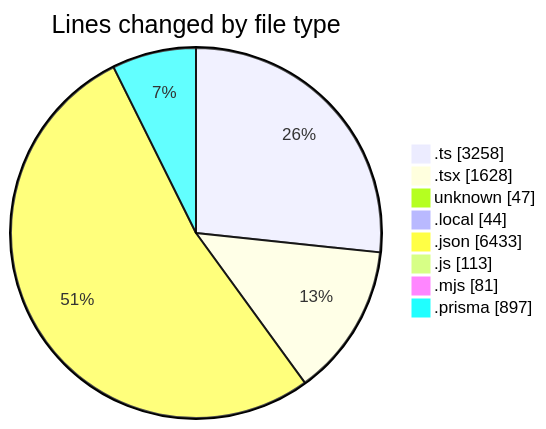
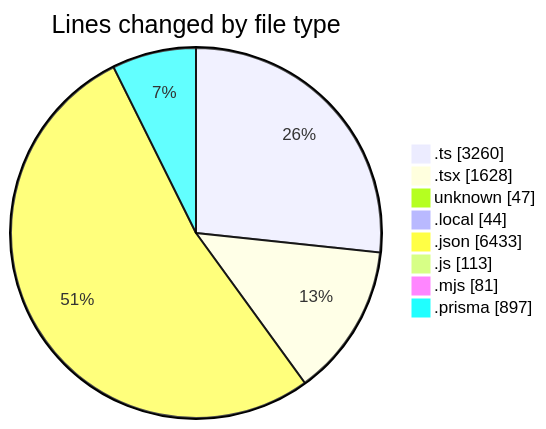
Before and after one commit to CELIANVF/code-tracking: the first of 2 diagrams in 2025-05-16/ecodeli-1/README.md, drawn with Mermaid. The commit also changed other lines of this file and 1 other file, not shown here.

````diff
--- a/2025-05-16/ecodeli-1/README.md
+++ b/2025-05-16/ecodeli-1/README.md
@@ -45,12 +45,12 @@
 ```mermaid
 pie showData
 title Lines changed by file type
-".ts" : 3258
+".ts" : 3260
 ".tsx" : 1628
 "unknown" : 47
 ".local" : 44
 ".json" : 6433
 ".js" : 113
 ".mjs" : 81
 ".prisma" : 897
 ```
````
